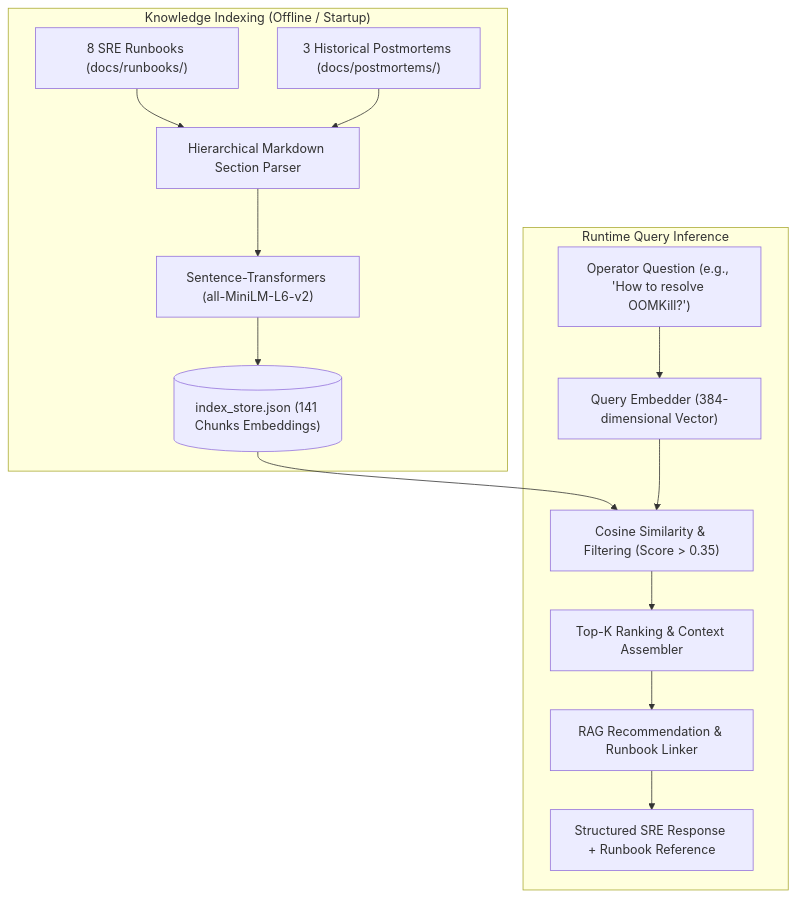
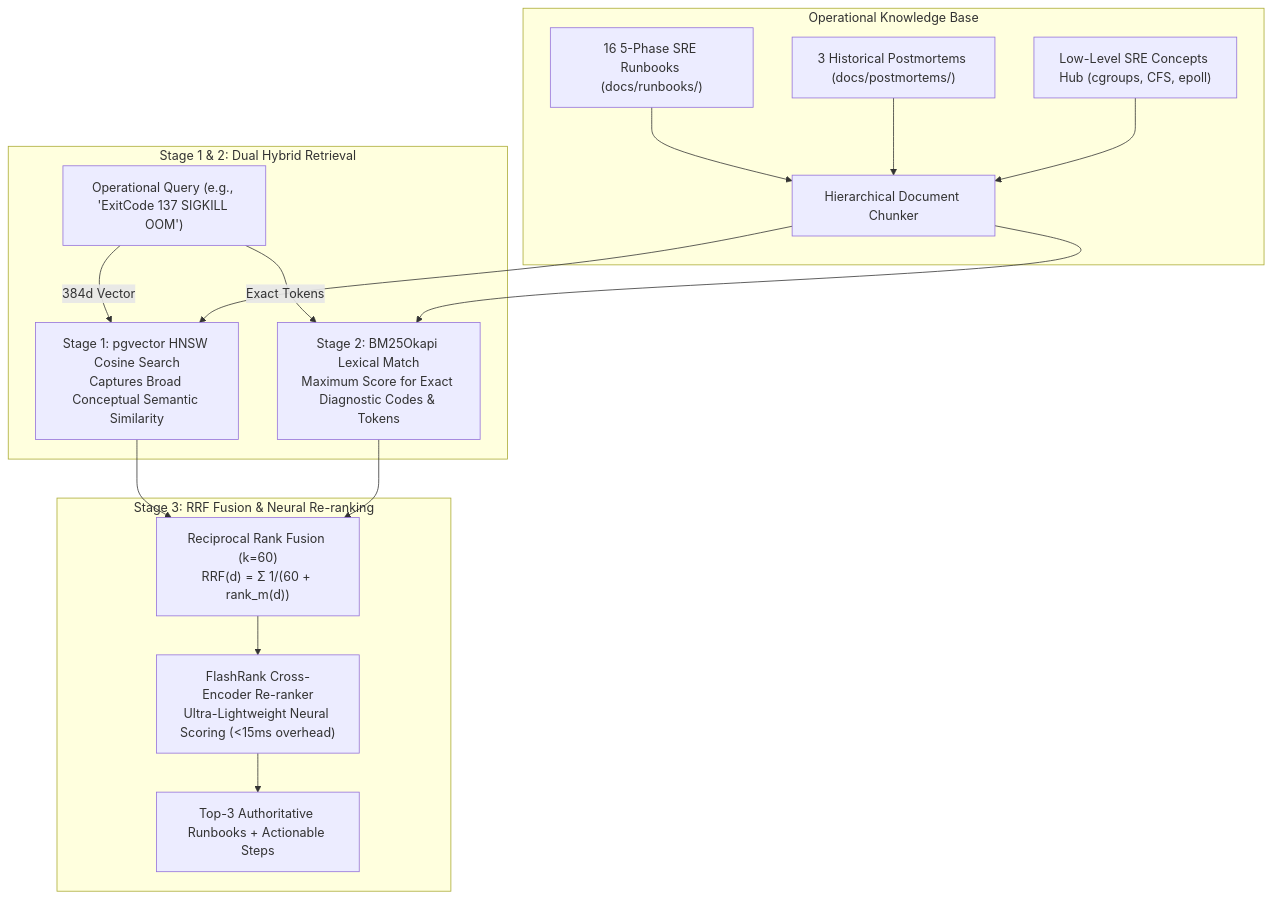
One commit to magnomct/sre_rag_agent changed the eighth of 8 diagrams in README.md. Above: the diagram before and after it, drawn with Mermaid. The commit also changed other lines of this file, not shown here.

Commit message:
docs(v4.0): overhaul architecture diagrams, OODA flows, dual-layer chaos, and hybrid search in README

````diff
--- a/README.md
+++ b/README.md
@@ -694,31 +805,32 @@
 ```mermaid
 flowchart TD
-    subgraph Ingestion ["Knowledge Indexing (Offline / Startup)"]
-        Runbooks["8 SRE Runbooks (docs/runbooks/)"]
+    subgraph Ingestion ["Operational Knowledge Base"]
+        Runbooks["16 5-Phase SRE Runbooks (docs/runbooks/)"]
         Postmortems["3 Historical Postmortems (docs/postmortems/)"]
-        Parser["Hierarchical Markdown Section Parser"]
-        Embedder["Sentence-Transformers (all-MiniLM-L6-v2)"]
-        Cache[("index_store.json (141 Chunks Embeddings)")]
-        
-        Runbooks --> Parser
-        Postmortems --> Parser
-        Parser --> Embedder
-        Embedder --> Cache
+        Concepts["Low-Level SRE Concepts Hub (cgroups, CFS, epoll)"]
+        Chunker["Hierarchical Document Chunker"]
+        Runbooks --> Chunker
+        Postmortems --> Chunker
+        Concepts --> Chunker
     end
 
-    subgraph QueryFlow ["Runtime Query Inference"]
-        Query["Operator Question (e.g., 'How to resolve OOMKill?')"]
-        QEmbed["Query Embedder (384-dimensional Vector)"]
-        Similarity["Cosine Similarity & Filtering (Score > 0.35)"]
-        Ranker["Top-K Ranking & Context Assembler"]
-        Engine["RAG Recommendation & Runbook Linker"]
-        Response["Structured SRE Response + Runbook Reference"]
+    subgraph DualRetrieval ["Stage 1 & 2: Dual Hybrid Retrieval"]
+        Query["Operational Query (e.g., 'ExitCode 137 SIGKILL OOM')"]
+        Dense["Stage 1: pgvector HNSW Cosine Search<br/>Captures Broad Conceptual Semantic Similarity"]
+        Sparse["Stage 2: BM25Okapi Lexical Match<br/>Maximum Score for Exact Diagnostic Codes & Tokens"]
+        Query -->|384d Vector| Dense
+        Query -->|Exact Tokens| Sparse
+        Chunker --> Dense
+        Chunker --> Sparse
+    end
 
-        Query --> QEmbed
-        Cache --> Similarity
-        QEmbed --> Similarity
-        Similarity --> Ranker
-        Ranker --> Engine
-        Engine --> Response
+    subgraph FusionRerank ["Stage 3: RRF Fusion & Neural Re-ranking"]
+        RRF["Reciprocal Rank Fusion (k=60)<br/>RRF(d) = Σ 1/(60 + rank_m(d))"]
+        FlashRank["FlashRank Cross-Encoder Re-ranker<br/>Ultra-Lightweight Neural Scoring (&lt;15ms overhead)"]
+        TopResult["Top-3 Authoritative Runbooks + Actionable Steps"]
+        Dense --> RRF
+        Sparse --> RRF
+        RRF --> FlashRank
+        FlashRank --> TopResult
     end
 ```
````
